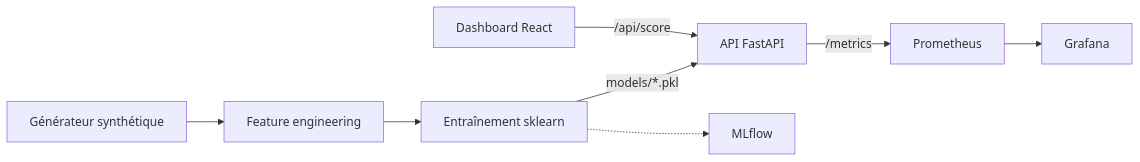
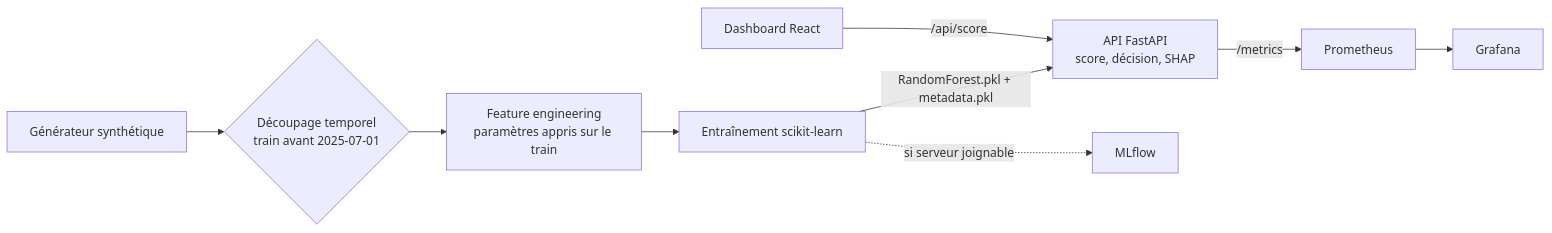
One commit to Jean-Paul15/mobile-money-fraud changed the diagram in README.md. Above: the diagram before and after it, drawn with Mermaid. The commit also changed other lines of this file, not shown here.

````diff
--- a/README.md
+++ b/README.md
@@ -25,10 +31,11 @@
 ```mermaid
 flowchart LR
-    G[Générateur synthétique] --> F[Feature engineering]
-    F --> T[Entraînement sklearn]
-    T -->|models/*.pkl| A[API FastAPI]
-    T -.-> M[MLflow]
+    G[Générateur synthétique] --> S{Découpage temporel<br/>train avant 2025-07-01}
+    S --> F[Feature engineering<br/>paramètres appris sur le train]
+    F --> T[Entraînement scikit-learn]
+    T -->|RandomForest.pkl + metadata.pkl| A[API FastAPI<br/>score, décision, SHAP]
+    T -.->|si serveur joignable| M[MLflow]
     D[Dashboard React] -->|/api/score| A
     A -->|/metrics| P[Prometheus]
     P --> GR[Grafana]
 ```
````
